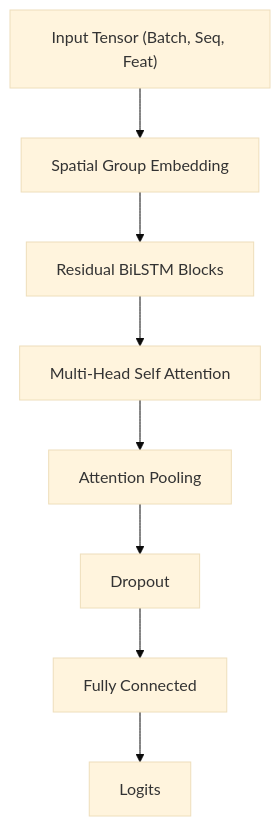
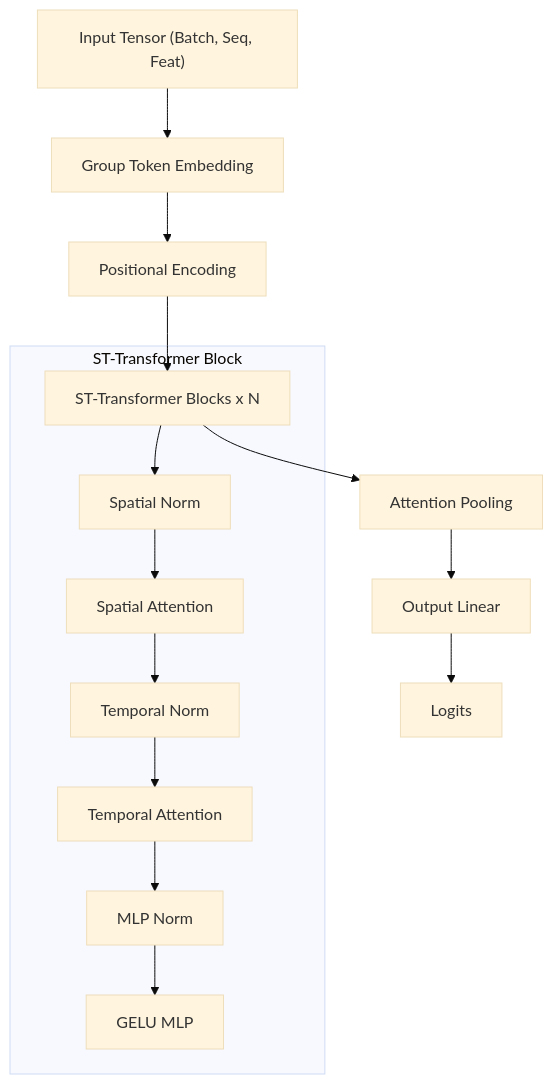
One commit to yousefelkilany/Word-level-Arabic-Sign-language changed the diagram in docs/source/modelling/model_py.md. Above: the diagram before and after it, drawn with Mermaid (base theme). The commit also changed other lines of this file and 30 other files, not shown here.

````diff
--- a/docs/source/modelling/model_py.md
+++ b/docs/source/modelling/model_py.md
@@ -21,10 +21,17 @@
 ```mermaid
 graph TD
-    Input["Input Tensor (Batch, Seq, Feat)"] --> Embed[Spatial Group Embedding]
-    Embed --> BiLSTM[Residual BiLSTM Blocks]
-    BiLSTM --> Attn[Multi-Head Self Attention]
-    Attn --> Pool[Attention Pooling]
-    Pool --> Dropout
-    Dropout --> FC[Fully Connected]
+    Input["Input Tensor (Batch, Seq, Feat)"] --> GTE[Group Token Embedding]
+    GTE --> PE[Positional Encoding]
+    PE --> Blocks[ST-Transformer Blocks x N]
+    subgraph ST-Transformer Block
+        Blocks --> SN[Spatial Norm]
+        SN --> SA[Spatial Attention]
+        SA --> TN[Temporal Norm]
+        TN --> TA[Temporal Attention]
+        TA --> MN[MLP Norm]
+        MN --> MLP[GELU MLP]
+    end
+    Blocks --> Pool[Attention Pooling]
+    Pool --> FC[Output Linear]
     FC --> Logits
 ```
````
